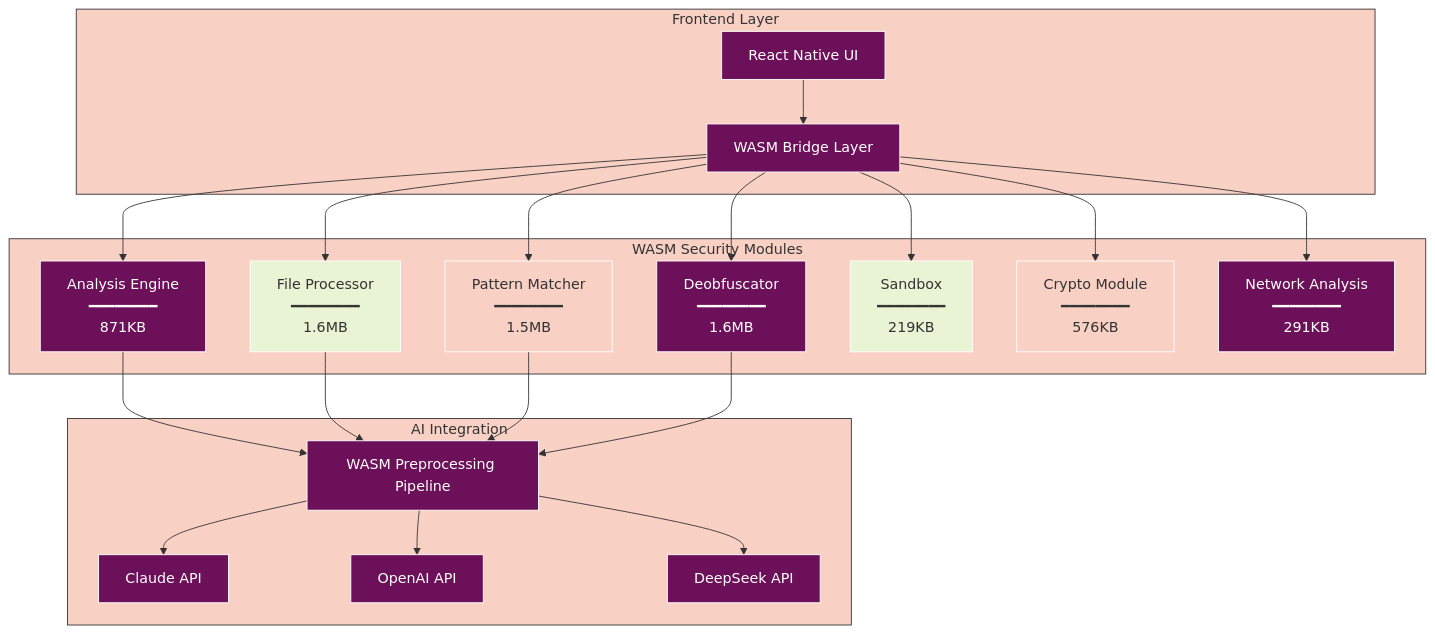
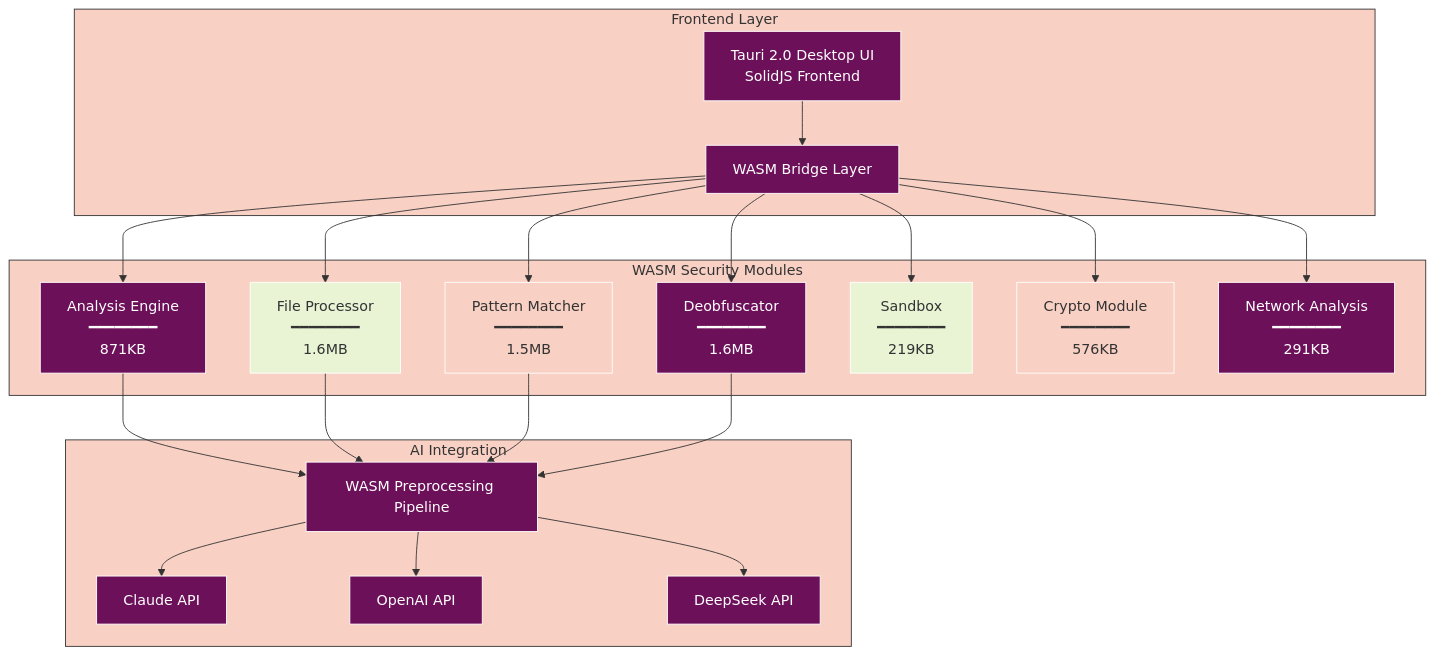
The first of 2 diagrams in docs/WASM_ARCHITECTURE.md (radicalkjax/Athena), drawn with Mermaid before and after one commit. The commit also changed other lines of this file and 214 other files, not shown here.

````diff
--- a/docs/WASM_ARCHITECTURE.md
+++ b/docs/WASM_ARCHITECTURE.md
@@ -22,71 +28,71 @@
 ```mermaid
 %%{init: {
   'theme': 'base',
   'themeVariables': {
     'primaryColor': '#6d105a',
     'primaryTextColor': '#ffffff',
     'primaryBorderColor': '#ffffff',
     'lineColor': '#333333',
     'secondaryColor': '#e8f4d4',
     'secondaryTextColor': '#333333',
     'secondaryBorderColor': '#333333',
     'tertiaryColor': '#f9d0c4',
     'tertiaryTextColor': '#333333',
     'tertiaryBorderColor': '#333333',
     'background': '#ffffff',
     'mainBkg': '#6d105a',
     'secondBkg': '#e8f4d4',
     'tertiaryBkg': '#f9d0c4',
     'textColor': '#333333',
     'fontFamily': 'Arial, sans-serif'
   }
 }}%%
 graph TB
     subgraph "Frontend Layer"
-        UI[React Native UI]
+        UI[Tauri 2.0 Desktop UI<br/>SolidJS Frontend]
         Bridge[WASM Bridge Layer]
     end
     
     subgraph "WASM Security Modules"
         Analysis[Analysis Engine<br/>━━━━━━━━<br/>871KB]
         FileProc[File Processor<br/>━━━━━━━━<br/>1.6MB]
         Pattern[Pattern Matcher<br/>━━━━━━━━<br/>1.5MB]
         Deobfusc[Deobfuscator<br/>━━━━━━━━<br/>1.6MB]
         Sandbox[Sandbox<br/>━━━━━━━━<br/>219KB]
         Crypto[Crypto Module<br/>━━━━━━━━<br/>576KB]
         Network[Network Analysis<br/>━━━━━━━━<br/>291KB]
     end
     
     subgraph "AI Integration"
         Pipeline[WASM Preprocessing Pipeline]
         Claude[Claude API]
         OpenAI[OpenAI API]
         DeepSeek[DeepSeek API]
     end
     
     UI --> Bridge
     Bridge --> Analysis
     Bridge --> FileProc
     Bridge --> Pattern
     Bridge --> Deobfusc
     Bridge --> Sandbox
     Bridge --> Crypto
     Bridge --> Network
     
     Analysis --> Pipeline
     FileProc --> Pipeline
     Pattern --> Pipeline
     Deobfusc --> Pipeline
     
     Pipeline --> Claude
     Pipeline --> OpenAI
     Pipeline --> DeepSeek
     
     style Analysis fill:#6d105a,color:#fff
     style FileProc fill:#e8f4d4,color:#333
     style Pattern fill:#f9d0c4,color:#333
     style Deobfusc fill:#6d105a,color:#fff
     style Sandbox fill:#e8f4d4,color:#333
     style Crypto fill:#f9d0c4,color:#333
     style Network fill:#6d105a,color:#fff
 ```
````
